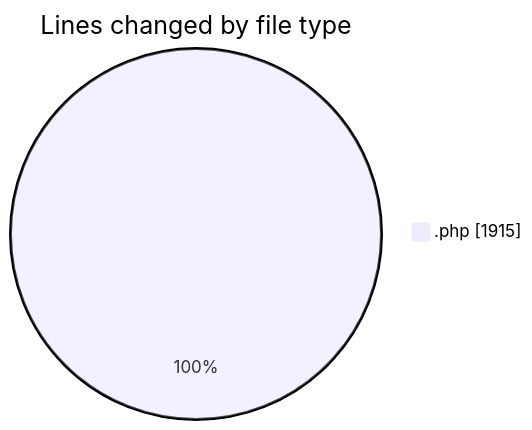
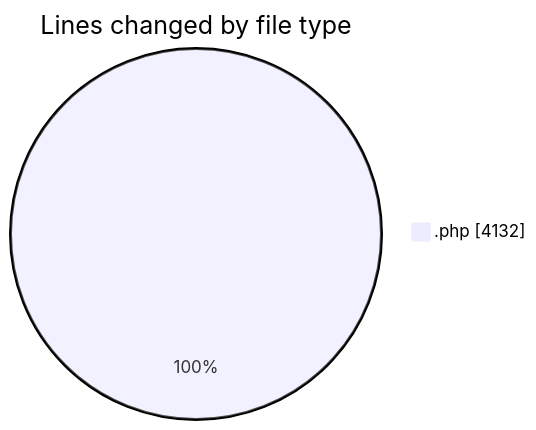
The first of 2 diagrams in 2025-08-08/web/README.md (LanceThiago/code-tracking), drawn with Mermaid before and after one commit. The commit also changed other lines of this file and 1 other file, not shown here.

````diff
--- a/2025-08-08/web/README.md
+++ b/2025-08-08/web/README.md
@@ -20,5 +23,5 @@
 ```mermaid
 pie showData
 title Lines changed by file type
-".php" : 1915
+".php" : 4132
 ```
````
